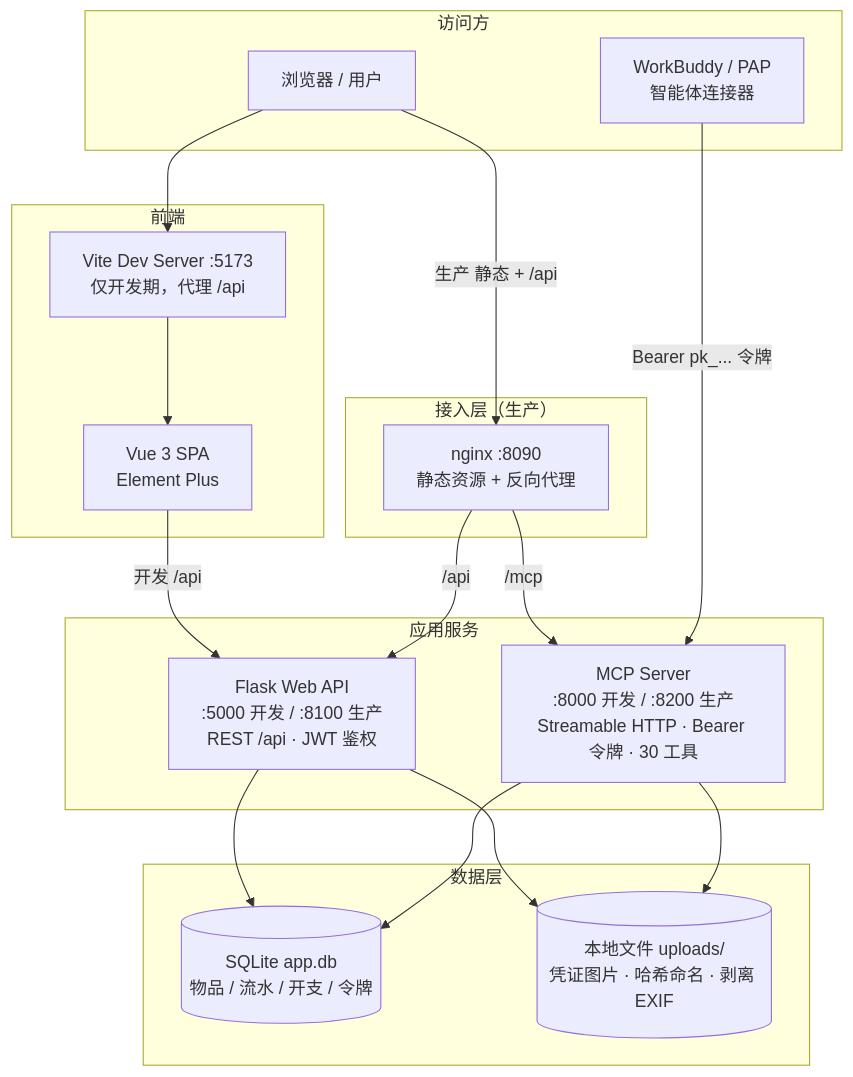
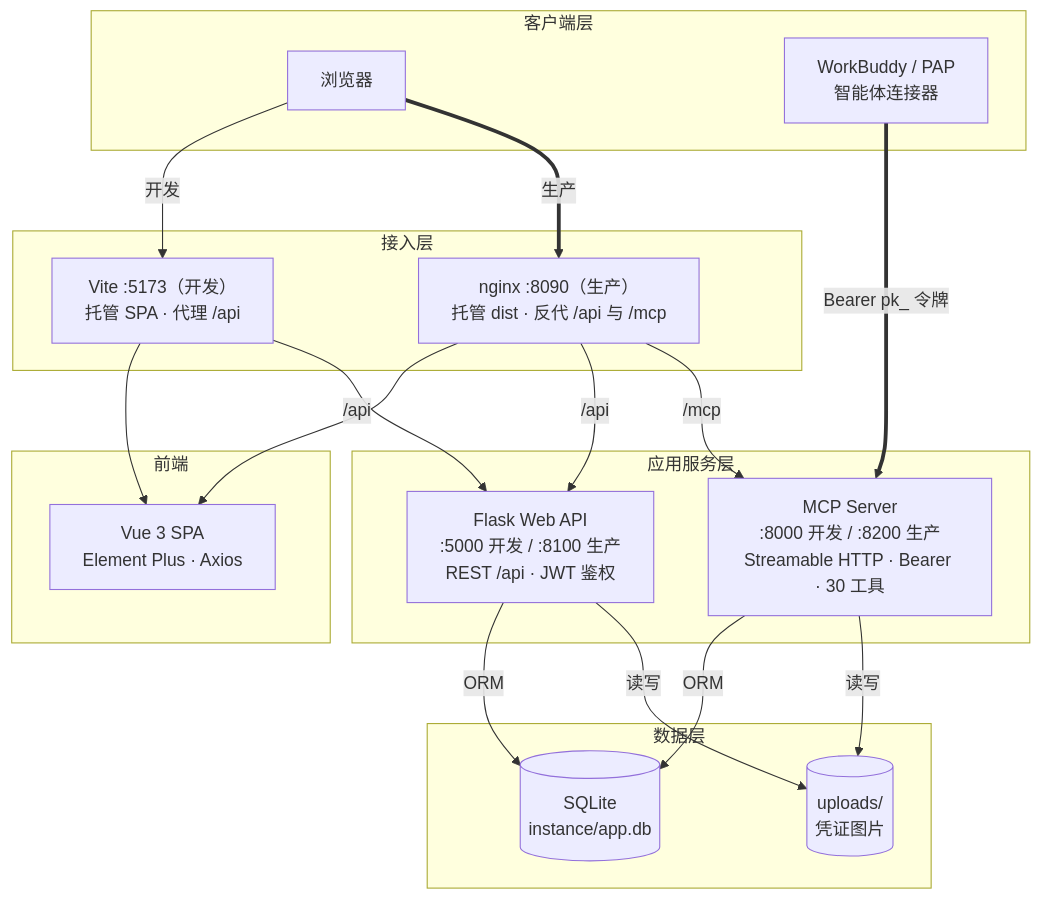
Before and after one commit to jinliangliu/PartKeeper: the diagram in README.md, drawn with Mermaid. The commit also changed other lines of this file, not shown here.

Commit message:
重绘架构图：修正链路方向并按五层重排
上一版把 SPA 只挂在开发链路，生产链路缺前端节点；且浏览器→Vite→SPA 的
箭头方向不符合实际请求流（浏览器直接请求接入层，SPA 由接入层托管）。

- 按客户端 / 前端 / 接入 / 服务 / 数据五层排布，SPA 独立成层
- 开发与生产链路用细线、粗线区分，浏览器到两个接入层的路径并行呈现
- 数据层补注 SQLite 落库与 uploads 落盘的分工

````diff
--- a/README.md
+++ b/README.md
@@ -7,38 +7,39 @@
 ```mermaid
 flowchart TB
-    subgraph clients["访问方"]
-        USER["浏览器 / 用户"]
+    subgraph clients["客户端层"]
+        BROWSER["浏览器"]
         AGENT["WorkBuddy / PAP<br/>智能体连接器"]
     end
 
     subgraph frontend["前端"]
-        SPA["Vue 3 SPA<br/>Element Plus"]
-        VITE["Vite Dev Server :5173<br/>仅开发期，代理 /api"]
+        SPA["Vue 3 SPA<br/>Element Plus · Axios"]
     end
 
-    subgraph ingress["接入层（生产）"]
-        NGINX["nginx :8090<br/>静态资源 + 反向代理"]
+    subgraph access["接入层"]
+        VITE["Vite :5173（开发）<br/>托管 SPA · 代理 /api"]
+        NGINX["nginx :8090（生产）<br/>托管 dist · 反代 /api 与 /mcp"]
     end
 
-    subgraph services["应用服务"]
+    subgraph services["应用服务层"]
         WEB["Flask Web API<br/>:5000 开发 / :8100 生产<br/>REST /api · JWT 鉴权"]
-        MCP["MCP Server<br/>:8000 开发 / :8200 生产<br/>Streamable HTTP · Bearer 令牌 · 30 工具"]
+        MCP["MCP Server<br/>:8000 开发 / :8200 生产<br/>Streamable HTTP · Bearer · 30 工具"]
     end
 
     subgraph data["数据层"]
-        DB[("SQLite app.db<br/>物品 / 流水 / 开支 / 令牌")]
-        FILES[("本地文件 uploads/<br/>凭证图片 · 哈希命名 · 剥离 EXIF")]
+        DB[("SQLite<br/>instance/app.db")]
+        FILES[("uploads/<br/>凭证图片")]
     end
 
-    USER --> VITE
+    BROWSER -->|"开发"| VITE
+    BROWSER ==>|"生产"| NGINX
     VITE --> SPA
-    SPA -->|"开发 /api"| WEB
-    USER -->|"生产 静态 + /api"| NGINX
+    VITE -->|"/api"| WEB
+    NGINX --> SPA
     NGINX -->|"/api"| WEB
     NGINX -->|"/mcp"| MCP
-    AGENT -->|"Bearer pk_... 令牌"| MCP
-    WEB --> DB
-    WEB --> FILES
-    MCP --> DB
-    MCP --> FILES
+    AGENT ==>|"Bearer pk_ 令牌"| MCP
+    WEB -->|"ORM"| DB
+    WEB -->|"读写"| FILES
+    MCP -->|"ORM"| DB
+    MCP -->|"读写"| FILES
 ```
````
